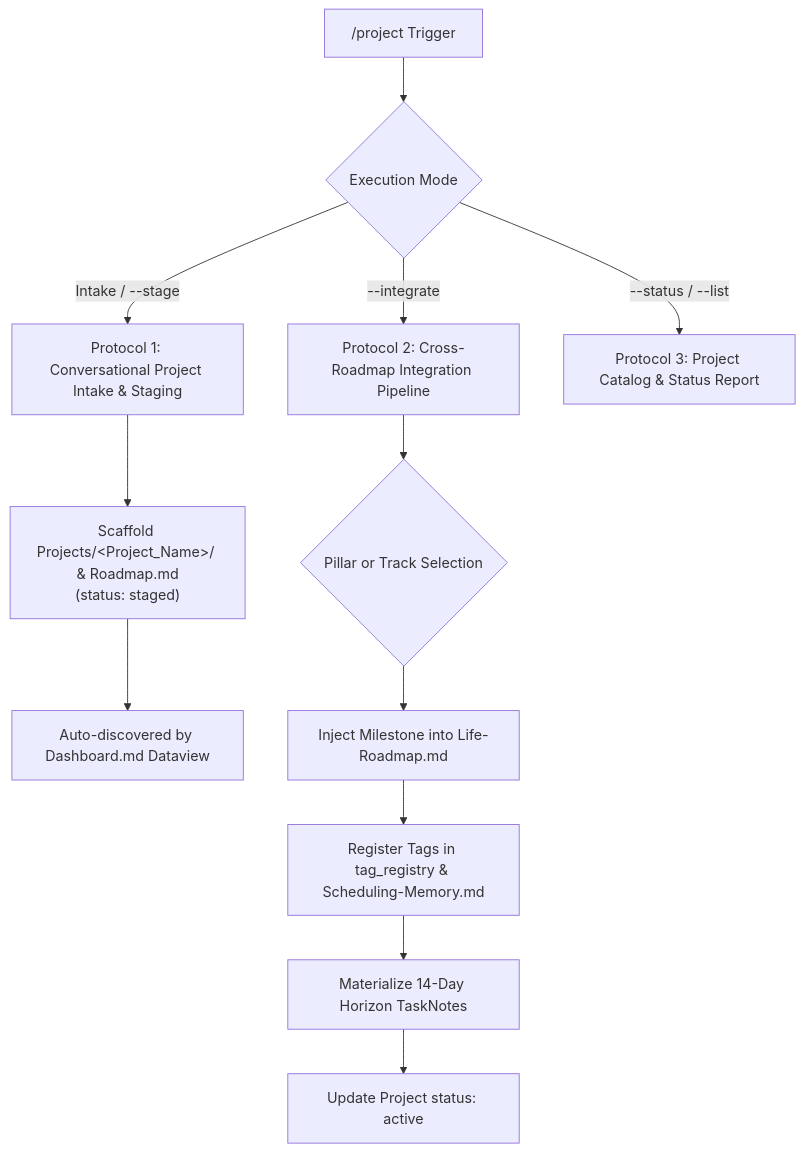
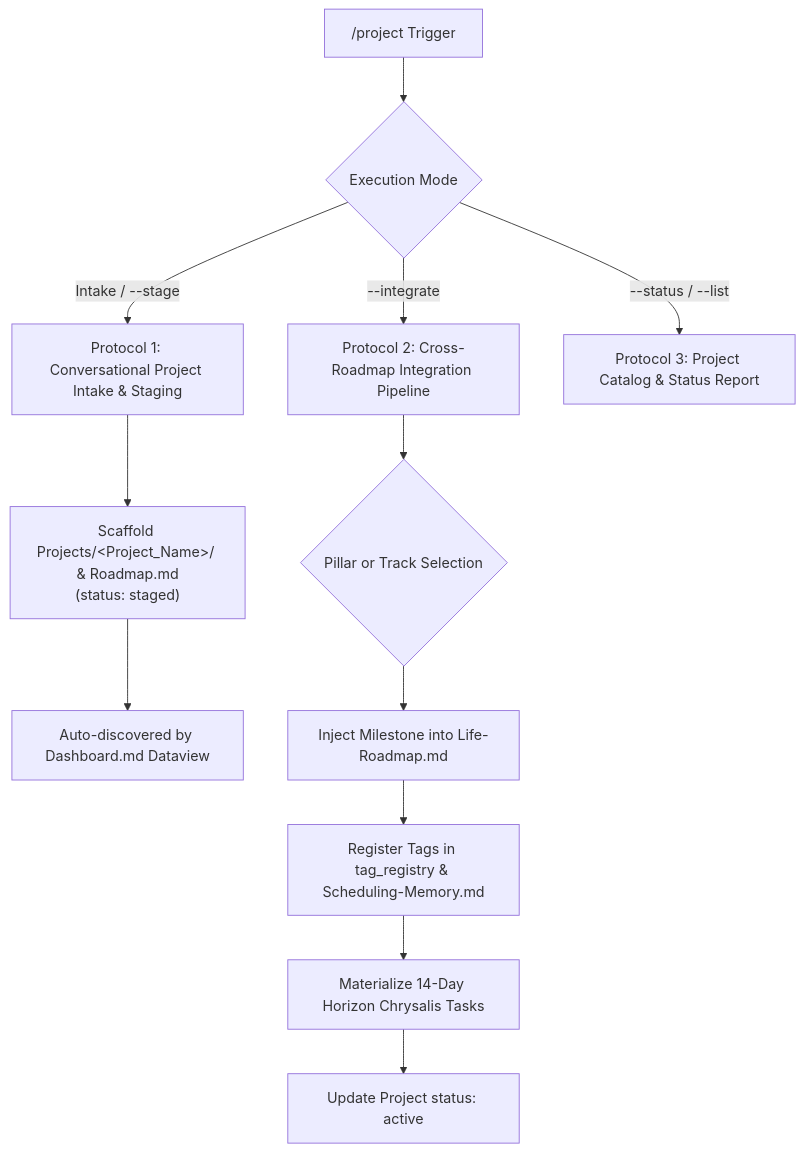
The diagram in .agent/skills/project/SKILL.md (tama-gucci/chrysalis), drawn with Mermaid before and after one commit. The commit also changed other lines of this file and 44 other files, not shown here.

````diff
--- a/.agent/skills/project/SKILL.md
+++ b/.agent/skills/project/SKILL.md
@@ -26,16 +26,16 @@
 ```mermaid
 graph TD
     Trigger["/project Trigger"] --> Mode{Execution Mode}
     Mode -->|"Intake / --stage"| P1["Protocol 1: Conversational Project Intake & Staging"]
     Mode -->|"--integrate"| P2["Protocol 2: Cross-Roadmap Integration Pipeline"]
     Mode -->|"--status / --list"| P3["Protocol 3: Project Catalog & Status Report"]
 
     P1 --> Scaffold["Scaffold Projects/&lt;Project_Name&gt;/ & Roadmap.md<br>(status: staged)"]
     Scaffold --> LiveDash["Auto-discovered by Dashboard.md Dataview"]
 
     P2 --> PillarSelect{"Pillar or Track Selection"}
     PillarSelect --> PillarInject["Inject Milestone into Life-Roadmap.md"]
     PillarInject --> TagSync["Register Tags in tag_registry & Scheduling-Memory.md"]
-    TagSync --> HorizonIngest["Materialize 14-Day Horizon TaskNotes"]
+    TagSync --> HorizonIngest["Materialize 14-Day Horizon Chrysalis Tasks"]
     HorizonIngest --> MarkActive["Update Project status: active"]
 ```
````
